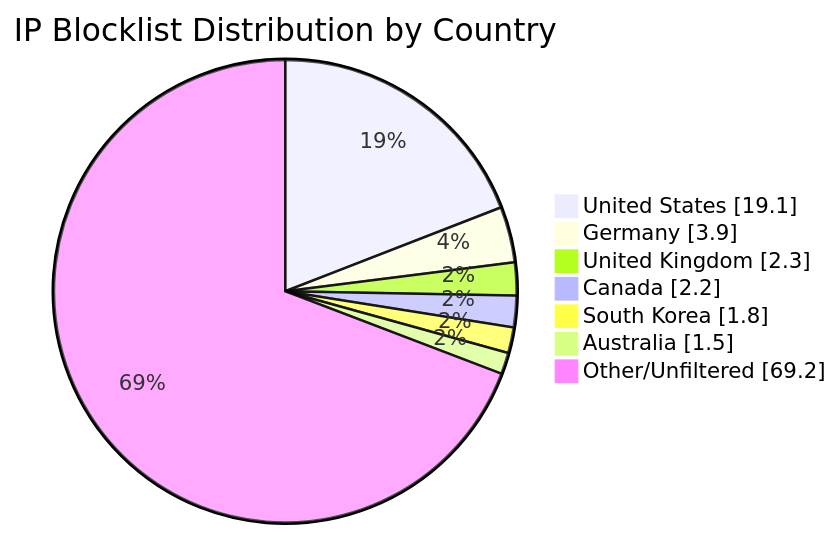
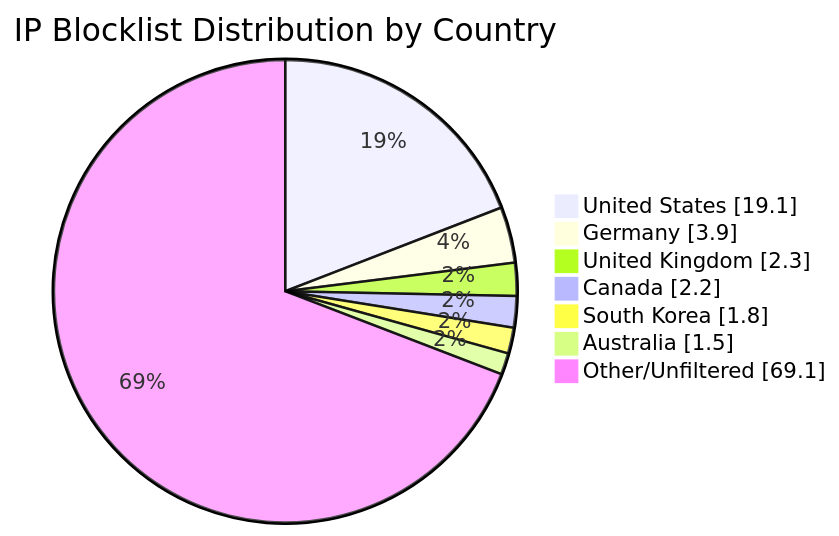
The diagram in README.md (MarcusHoltz/ipblocklist-geofiltered-aggregator), drawn with Mermaid before and after one commit. The commit also changed other lines of this file and 9 other files, not shown here.

````diff
--- a/README.md
+++ b/README.md
@@ -34,10 +34,10 @@
 ```mermaid
 pie showData title IP Blocklist Distribution by Country
 "United States" : 19.1
 "Germany" : 3.9
 "United Kingdom" : 2.3
 "Canada" : 2.2
 "South Korea" : 1.8
 "Australia" : 1.5
-"Other/Unfiltered" : 69.2
+"Other/Unfiltered" : 69.1
 ```
````
